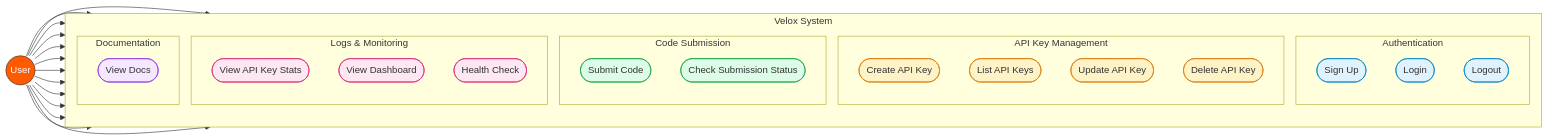
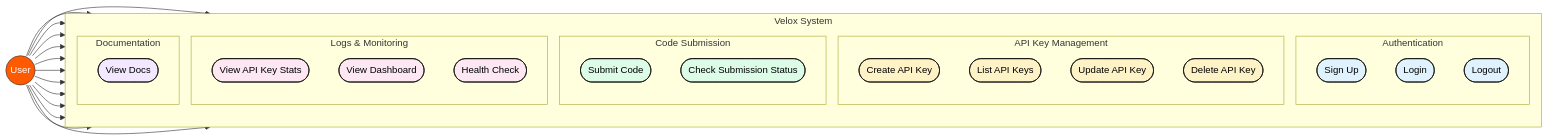
One commit to Smanikanta21/velox changed the first of 3 diagrams in diagrams/04_use_case_diagram.md. Above: the diagram before and after it, drawn with Mermaid. The commit also changed other lines of this file and 1 other file, not shown here.

Commit message:
style: update diagram node text colors to black for improved readability

````diff
--- a/diagrams/04_use_case_diagram.md
+++ b/diagrams/04_use_case_diagram.md
@@ -9,65 +9,65 @@
 ```mermaid
 flowchart LR
     User(("User"))
 
     subgraph "Velox System"
         direction TB
 
         subgraph "Authentication"
             UC1([Sign Up])
             UC2([Login])
             UC3([Logout])
         end
 
         subgraph "API Key Management"
             UC4([Create API Key])
             UC5([List API Keys])
             UC6([Update API Key])
             UC7([Delete API Key])
         end
 
         subgraph "Code Submission"
             UC8([Submit Code])
             UC9([Check Submission Status])
         end
 
         subgraph "Logs & Monitoring"
             UC10([View API Key Stats])
             UC11([View Dashboard])
             UC12([Health Check])
         end
 
         subgraph "Documentation"
             UC13([View Docs])
         end
     end
 
     User --> UC1
     User --> UC2
     User --> UC3
     User --> UC4
     User --> UC5
     User --> UC6
     User --> UC7
     User --> UC8
     User --> UC9
     User --> UC10
     User --> UC11
     User --> UC12
     User --> UC13
 
     style User fill:#ff5a00,color:#fff,stroke:#333
-    style UC1 fill:#e0f2fe,stroke:#0284c7
-    style UC2 fill:#e0f2fe,stroke:#0284c7
-    style UC3 fill:#e0f2fe,stroke:#0284c7
-    style UC4 fill:#fef3c7,stroke:#d97706
-    style UC5 fill:#fef3c7,stroke:#d97706
-    style UC6 fill:#fef3c7,stroke:#d97706
-    style UC7 fill:#fef3c7,stroke:#d97706
-    style UC8 fill:#dcfce7,stroke:#16a34a
-    style UC9 fill:#dcfce7,stroke:#16a34a
-    style UC10 fill:#fce7f3,stroke:#db2777
-    style UC11 fill:#fce7f3,stroke:#db2777
-    style UC12 fill:#fce7f3,stroke:#db2777
-    style UC13 fill:#f3e8ff,stroke:#9333ea
+    style UC1 fill:#e0f2fe,color:#000,stroke:#000000
+    style UC2 fill:#e0f2fe,color:#000,stroke:#000000
+    style UC3 fill:#e0f2fe,color:#000,stroke:#000000
+    style UC4 fill:#fef3c7,color:#000,stroke:#000000
+    style UC5 fill:#fef3c7,color:#000,stroke:#000000
+    style UC6 fill:#fef3c7,color:#000,stroke:#000000
+    style UC7 fill:#fef3c7,color:#000,stroke:#000000
+    style UC8 fill:#dcfce7,color:#000,stroke:#000000
+    style UC9 fill:#dcfce7,color:#000,stroke:#000000
+    style UC10 fill:#fce7f3,color:#000,stroke:#000000
+    style UC11 fill:#fce7f3,color:#000,stroke:#000000
+    style UC12 fill:#fce7f3,color:#000,stroke:#000000
+    style UC13 fill:#f3e8ff,color:#000,stroke:#000000
 ```
````
